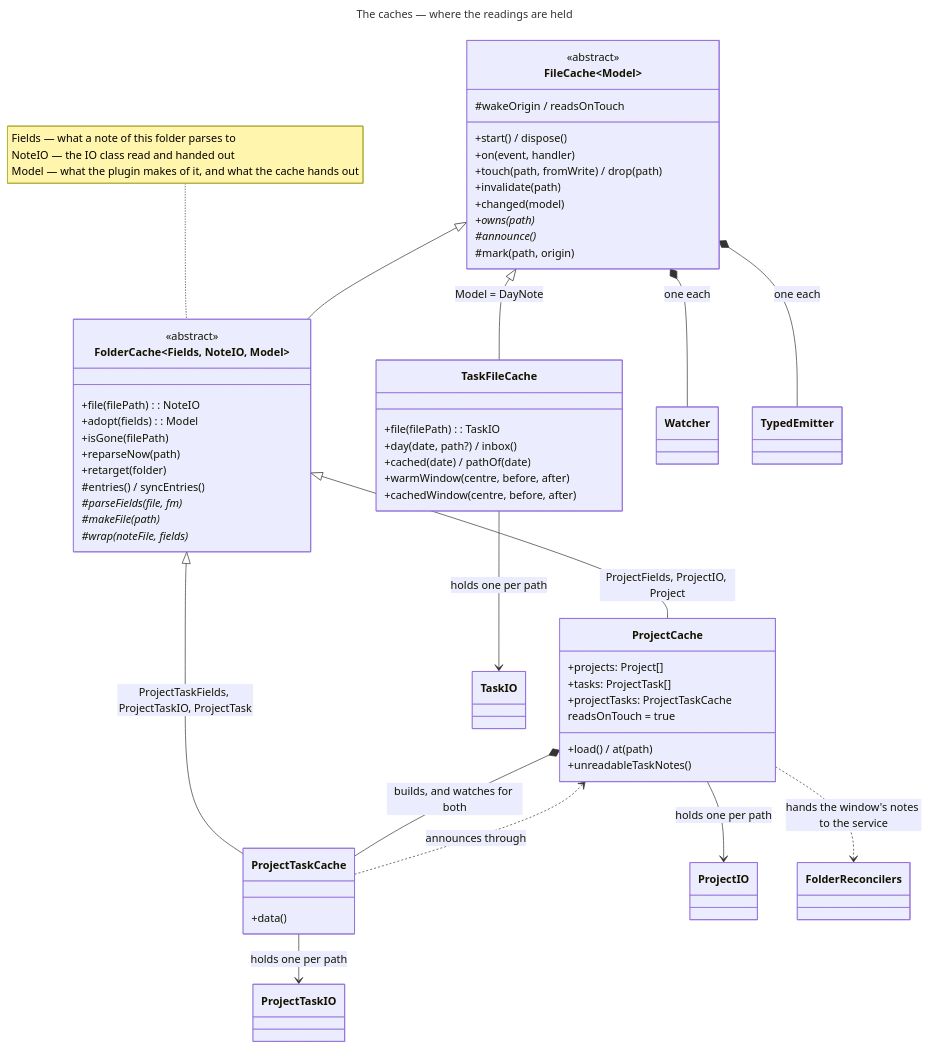
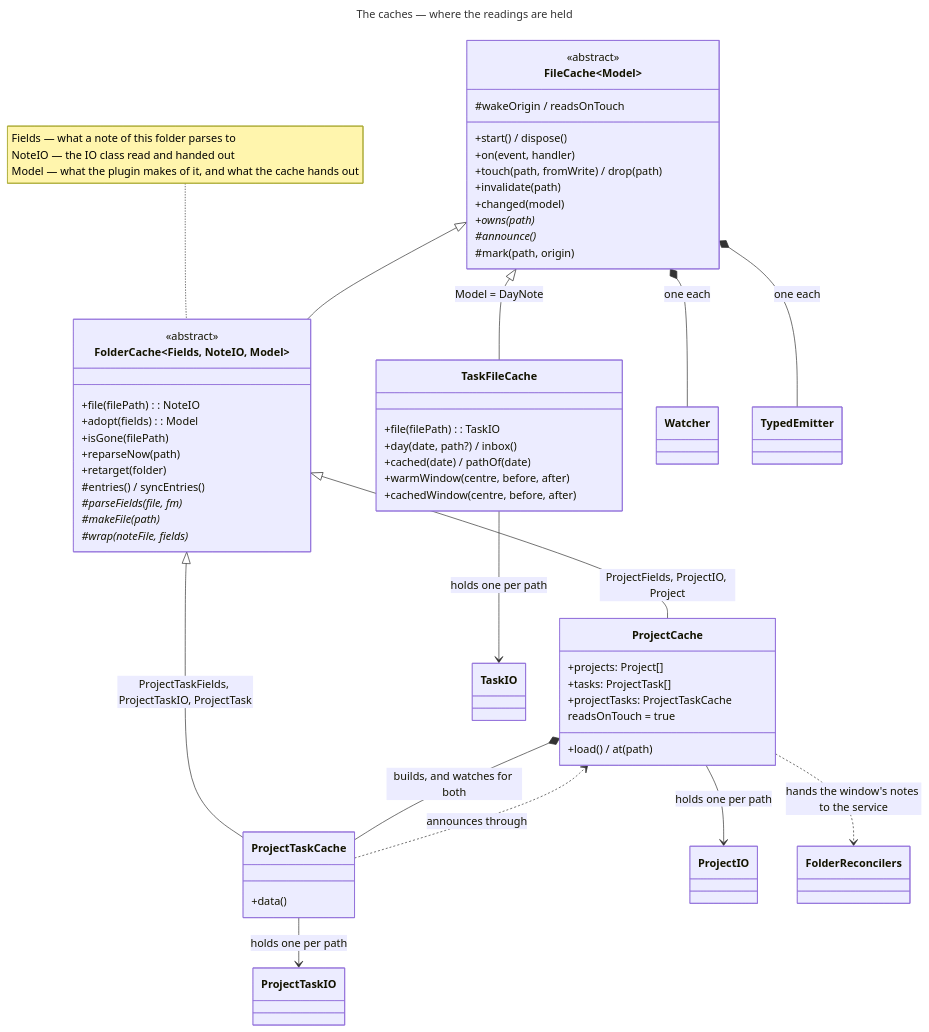
Before and after one commit to Laurent-Ferier/pm-compass: the diagram in docs/technical/diagrams/caches.mmd, drawn with Mermaid. The commit also changed 30 other files, not shown here.

```diff
--- a/docs/technical/diagrams/caches.mmd
+++ b/docs/technical/diagrams/caches.mmd
@@ -1,68 +1,67 @@
 ---
 title: The caches — where the readings are held
 ---
 classDiagram
   direction TB
 
   class FileCache~Model~ {
     <<abstract>>
     +start() / dispose()
     +on(event, handler)
     +touch(path, fromWrite) / drop(path)
     +invalidate(path)
     +changed(model)
     +owns(path)*
     #announce()*
     #mark(path, origin)
     #wakeOrigin / readsOnTouch
   }
 
   class FolderCache~Fields, NoteIO, Model~ {
     <<abstract>>
     +file(filePath): NoteIO
     +adopt(fields): Model
     +isGone(filePath)
     +reparseNow(path)
     +retarget(folder)
     #entries() / syncEntries()
     #parseFields(file, fm)*
     #makeFile(path)*
     #wrap(noteFile, fields)*
   }
 
   class ProjectCache {
     +projects: Project[]
     +tasks: ProjectTask[]
     +projectTasks: ProjectTaskCache
     +load() / at(path)
-    +unreadableTaskNotes()
     readsOnTouch = true
   }
 
   class ProjectTaskCache {
     +data()
   }
 
   class TaskFileCache {
     +file(filePath): TaskIO
     +day(date, path?) / inbox()
     +cached(date) / pathOf(date)
     +warmWindow(centre, before, after)
     +cachedWindow(centre, before, after)
   }
 
   note for FolderCache "Fields — what a note of this folder parses to<br/>NoteIO — the IO class read and handed out<br/>Model — what the plugin makes of it, and what the cache hands out"
 
   FileCache <|-- FolderCache
   FileCache <|-- TaskFileCache : Model = DayNote
   FolderCache <|-- ProjectCache : ProjectFields, ProjectIO, Project
   FolderCache <|-- ProjectTaskCache : ProjectTaskFields, ProjectTaskIO, ProjectTask
 
   ProjectCache *-- ProjectTaskCache : builds, and watches for both
   FileCache *-- Watcher : one each
   FileCache *-- TypedEmitter : one each
   ProjectCache --> ProjectIO : holds one per path
   ProjectTaskCache --> ProjectTaskIO : holds one per path
   TaskFileCache --> TaskIO : holds one per path
   ProjectTaskCache ..> ProjectCache : announces through
   ProjectCache ..> FolderReconcilers : hands the window's notes to the service
```
